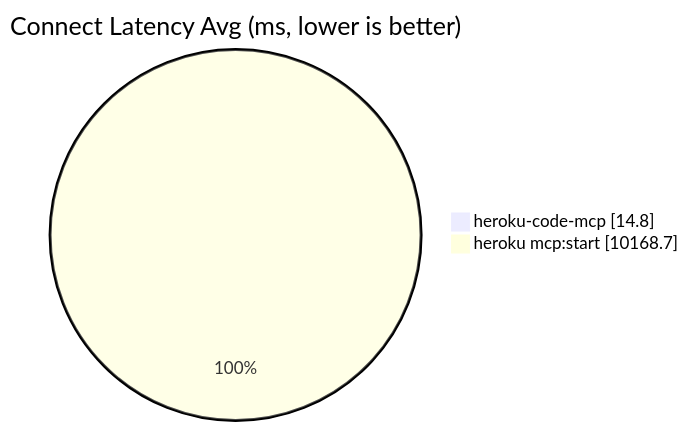
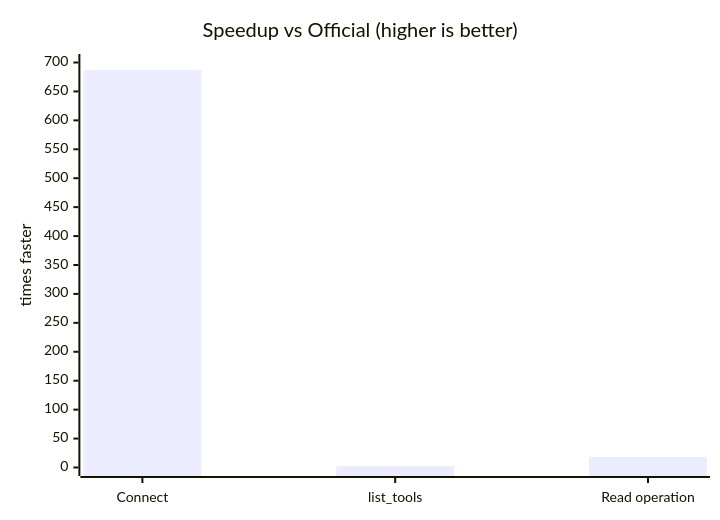
The second of 3 diagrams in README.md (dsouzaAnush/heroku-code-mcp), drawn with Mermaid before and after one commit. The commit also changed other lines of this file, not shown here.

Commit message:
Rewrite README with clearer benchmark narrative and comparison charts

````diff
--- a/README.md
+++ b/README.md
@@ -77,6 +75,7 @@
 ```mermaid
-pie showData
-title Connect Latency Avg (ms, lower is better)
-"heroku-code-mcp" : 14.8
-"heroku mcp:start" : 10168.7
+xychart-beta
+    title "Speedup vs Official (higher is better)"
+    x-axis ["Connect", "list_tools", "Read operation"]
+    y-axis "times faster" 0 --> 700
+    bar [687.0, 2.4, 18.4]
 ```
````
